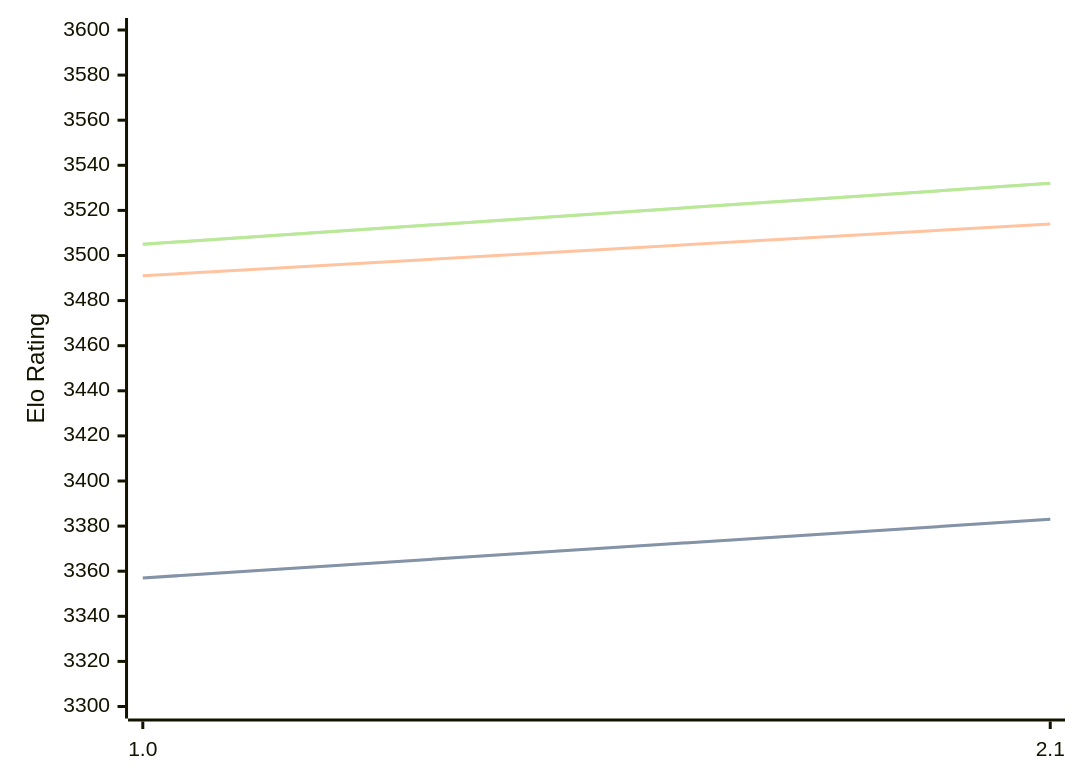
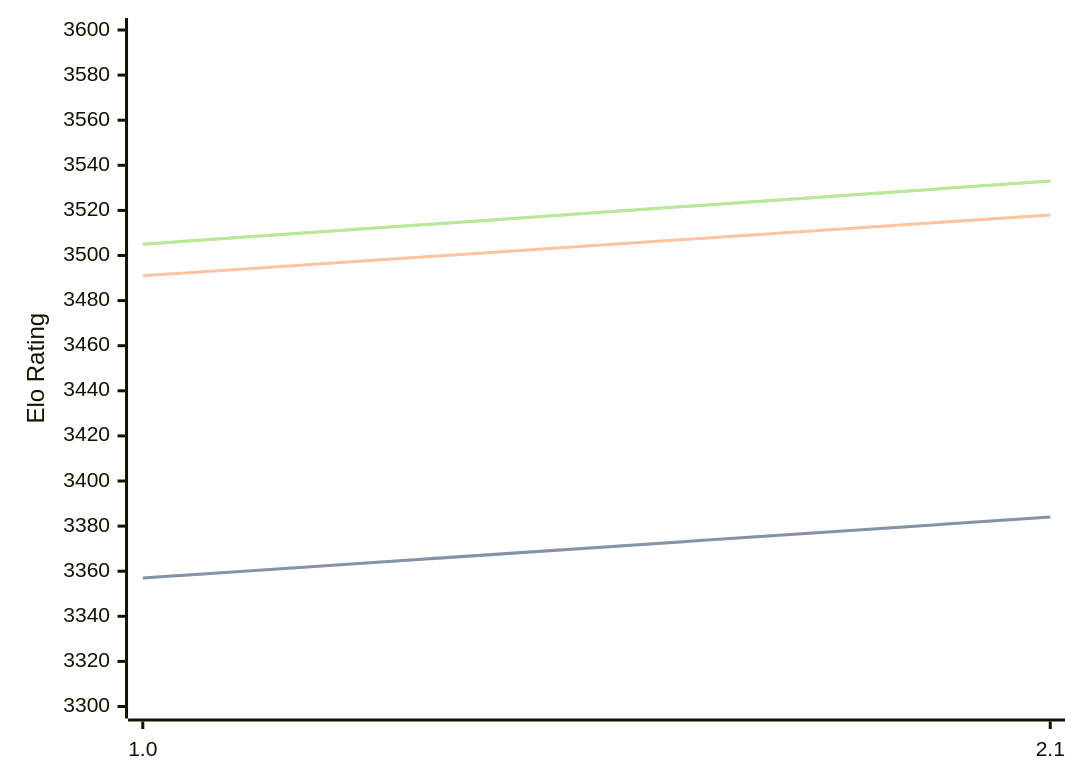
Before and after one commit to computer-chess-index/cci: the diagram in engines/Hobbes.md, drawn with Mermaid. The commit also changed other lines of this file, not shown here.

Commit message:
Update CCI Ratings (ELO VLTC) - 2026-07-20

````diff
--- a/engines/Hobbes.md
+++ b/engines/Hobbes.md
@@ -33,11 +33,11 @@
 ```mermaid
 %%{init: {"theme":"base","themeVariables":{"seriesColors:['#a3a3a3','#222221','#faa371']}}}%%
 xychart-beta
   x-axis ["1.0", "2.1"]
   y-axis "Elo Rating" 3300 --> 3600
-  line "STC (8.0+0.08s)" [3357, 3383]
-  line "STC (8.0+0.08s)" [3357, 3383]
-  line "LTC (60.0+0.60s)" [3491, 3514]
-  line "VLTC (2m24s+1.12s)" [3505, 3532]
-  line "VLTC (2m24s+1.12s)" [3505, 3532]
+  line "STC (8.0+0.08s)" [3357, 3384]
+  line "STC (8.0+0.08s)" [3357, 3384]
+  line "LTC (60.0+0.60s)" [3491, 3518]
+  line "VLTC (2m24s+1.12s)" [3505, 3533]
+  line "VLTC (2m24s+1.12s)" [3505, 3533]
 ```
````
